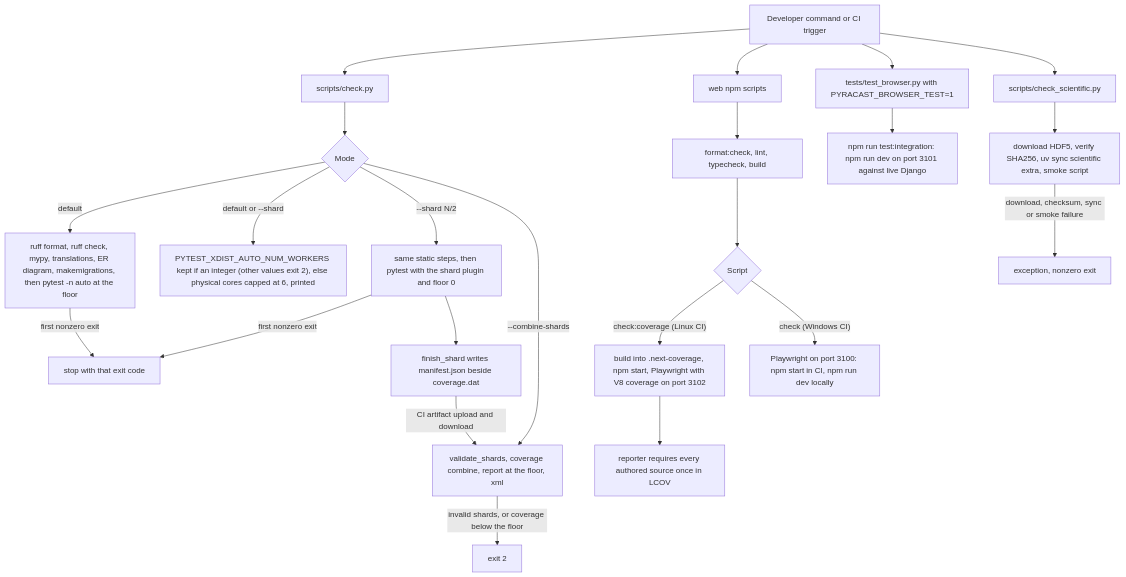
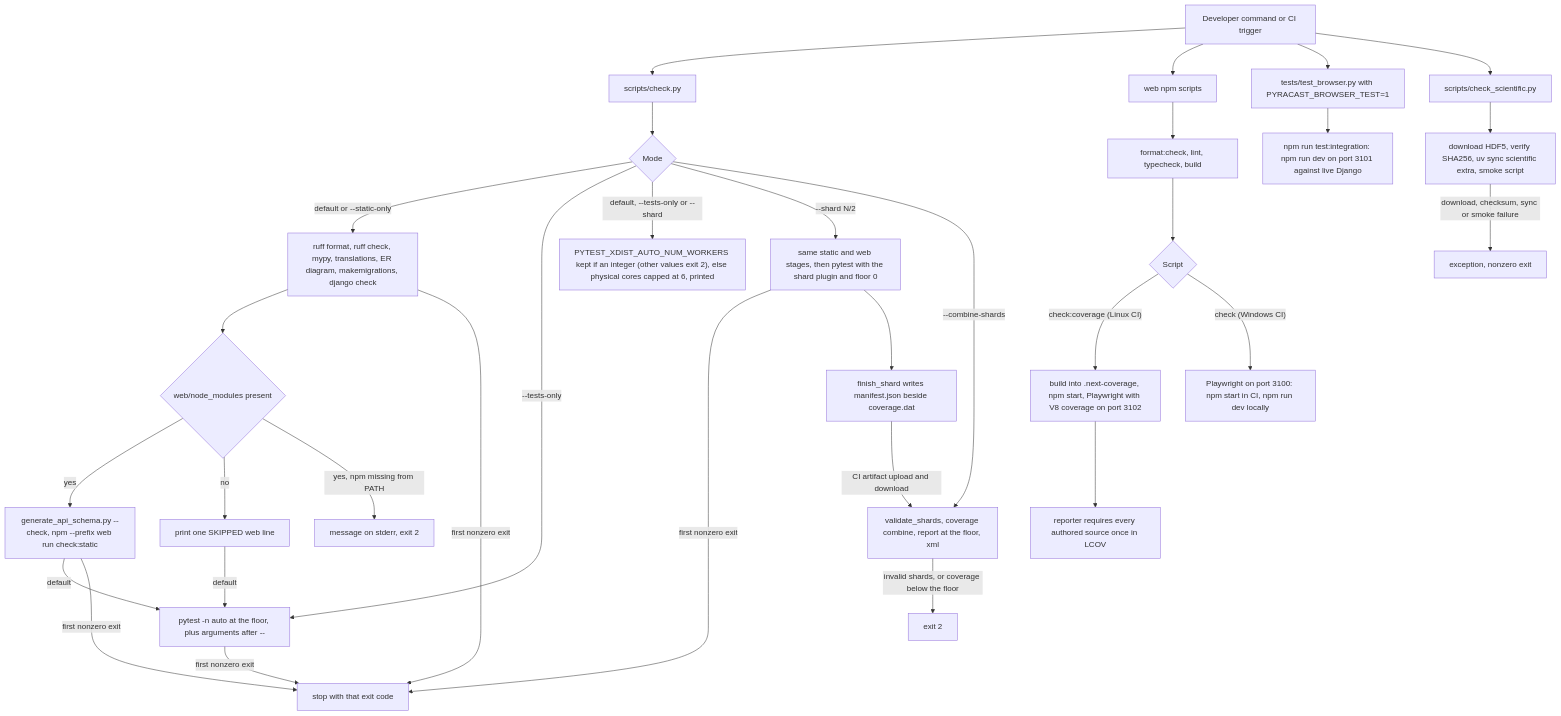
One commit to erkurtharun/pyracast changed the diagram in docs/flows/developer-quality-gate.md. Above: the diagram before and after it, drawn with Mermaid. The commit also changed other lines of this file and 14 other files, not shown here.

First line of the commit message:
Run static, schema and web checks as named gate stages with isolated test settings (#18)

````diff
--- a/docs/flows/developer-quality-gate.md
+++ b/docs/flows/developer-quality-gate.md
@@ -16,25 +16,34 @@
 ```mermaid
 flowchart TD
     trig["Developer command or CI trigger"] --> B["scripts/check.py"]
     trig --> W["web npm scripts"]
     trig --> BR["tests/test_browser.py with PYRACAST_BROWSER_TEST=1"]
     trig --> S["scripts/check_scientific.py"]
     B --> M{"Mode"}
-    M -->|"default"| F["ruff format, ruff check, mypy, translations, ER diagram, makemigrations, then pytest -n auto at the floor"]
-    M -->|"default or --shard"| N["PYTEST_XDIST_AUTO_NUM_WORKERS kept if an integer (other values exit 2), else physical cores capped at 6, printed"]
-    M -->|"--shard N/2"| H["same static steps, then pytest with the shard plugin and floor 0"]
+    M -->|"default or --static-only"| F["ruff format, ruff check, mypy, translations, ER diagram, makemigrations, django check"]
+    F --> WS{"web/node_modules present"}
+    WS -->|"yes"| WG["generate_api_schema.py --check, npm --prefix web run check:static"]
+    WS -->|"no"| SK["print one SKIPPED web line"]
+    WS -->|"yes, npm missing from PATH"| X3["message on stderr, exit 2"]
+    WG -->|"default"| P["pytest -n auto at the floor, plus arguments after --"]
+    SK -->|"default"| P
+    M -->|"--tests-only"| P
+    M -->|"default, --tests-only or --shard"| N["PYTEST_XDIST_AUTO_NUM_WORKERS kept if an integer (other values exit 2), else physical cores capped at 6, printed"]
+    M -->|"--shard N/2"| H["same static and web stages, then pytest with the shard plugin and floor 0"]
+    P -->|"first nonzero exit"| X
     M -->|"--combine-shards"| C["validate_shards, coverage combine, report at the floor, xml"]
     F -->|"first nonzero exit"| X["stop with that exit code"]
+    WG -->|"first nonzero exit"| X
     H -->|"first nonzero exit"| X
     H --> K["finish_shard writes manifest.json beside coverage.dat"]
     K -->|"CI artifact upload and download"| C
     C -->|"invalid shards, or coverage below the floor"| X2["exit 2"]
     W --> V["format:check, lint, typecheck, build"]
     V --> R{"Script"}
     R -->|"check:coverage (Linux CI)"| TC["build into .next-coverage, npm start, Playwright with V8 coverage on port 3102"]
     R -->|"check (Windows CI)"| TN["Playwright on port 3100: npm start in CI, npm run dev locally"]
     TC --> LC["reporter requires every authored source once in LCOV"]
     BR --> I["npm run test:integration: npm run dev on port 3101 against live Django"]
     S --> D["download HDF5, verify SHA256, uv sync scientific extra, smoke script"]
     D -->|"download, checksum, sync or smoke failure"| E["exception, nonzero exit"]
 ```
````
